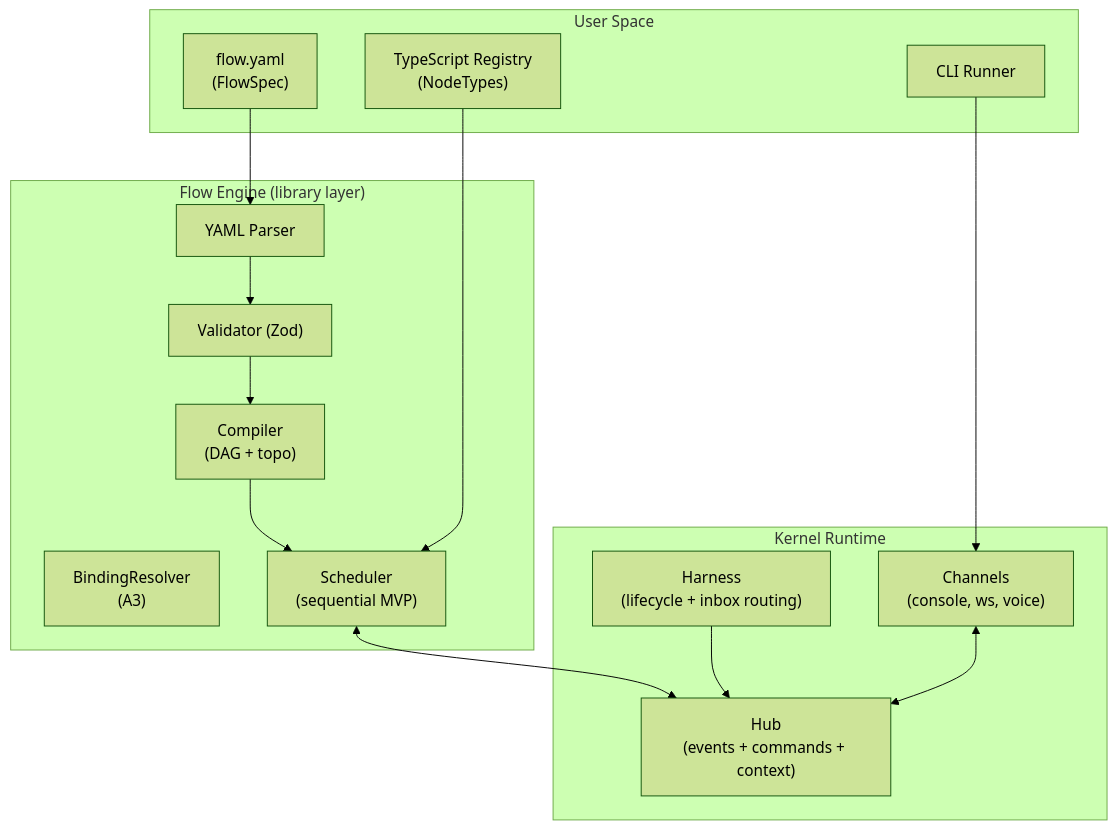
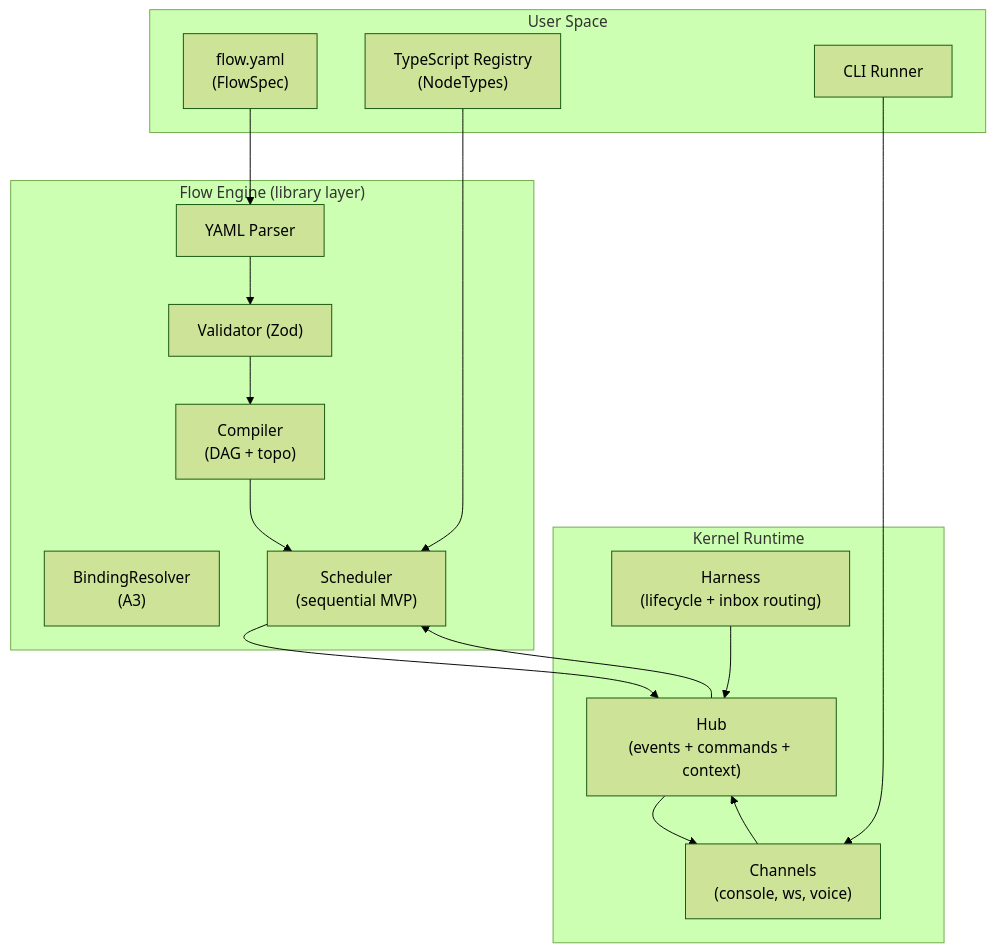
The diagram in packages/kernel/docs/README.md (Open-Harness/open-harness), drawn with Mermaid (forest theme) before and after one commit.

Commit message:
fix(docs): fix broken mermaid diagram in README

````diff
--- a/packages/kernel/docs/README.md
+++ b/packages/kernel/docs/README.md
@@ -36,29 +36,34 @@
 ```mermaid
 flowchart TB
   subgraph UserSpace["User Space"]
     YAML["flow.yaml<br/>(FlowSpec)"]
     REG["TypeScript Registry<br/>(NodeTypes)"]
     CLI["CLI Runner"]
   end
 
   subgraph Kernel["Kernel Runtime"]
     HUB["Hub<br/>(events + commands + context)"]
     HARNESS["Harness<br/>(lifecycle + inbox routing)"]
     CHANNELS["Channels<br/>(console, ws, voice)"]
   end
 
   subgraph FlowEngine["Flow Engine (library layer)"]
     PARSER["YAML Parser"]
     VALID["Validator (Zod)"]
     COMP["Compiler<br/>(DAG + topo)"]
     BIND["BindingResolver<br/>(A3)"]
     EXEC["Scheduler<br/>(sequential MVP)"]
   end
 
-  YAML --> PARSER --> VALID --> COMP --> EXEC
+  YAML --> PARSER
+  PARSER --> VALID
+  VALID --> COMP
+  COMP --> EXEC
   REG --> EXEC
-  EXEC <--> HUB
+  EXEC --> HUB
+  HUB --> EXEC
   HARNESS --> HUB
-  CHANNELS <--> HUB
+  CHANNELS --> HUB
+  HUB --> CHANNELS
   CLI --> CHANNELS
 ```
````
